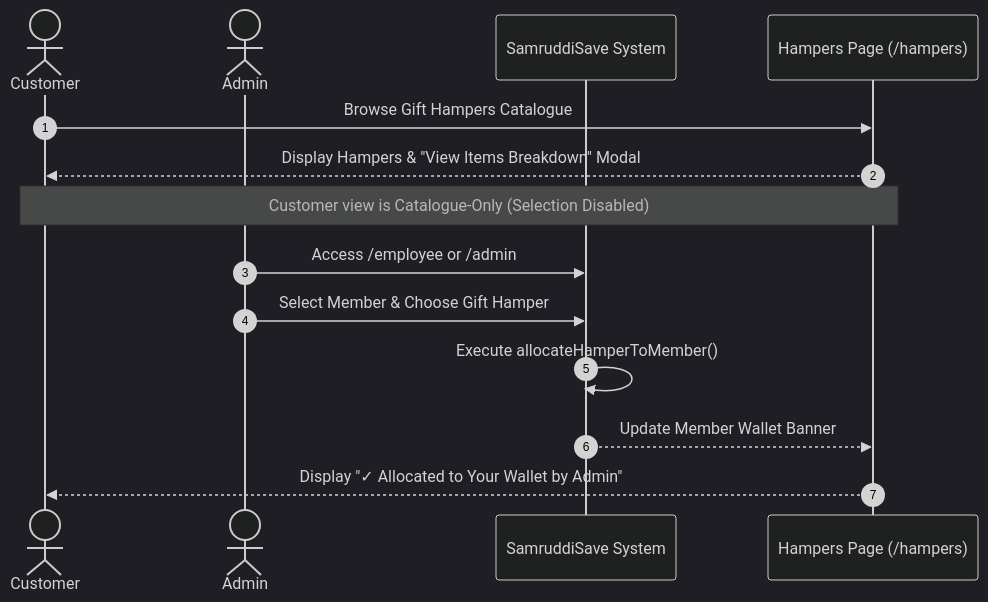
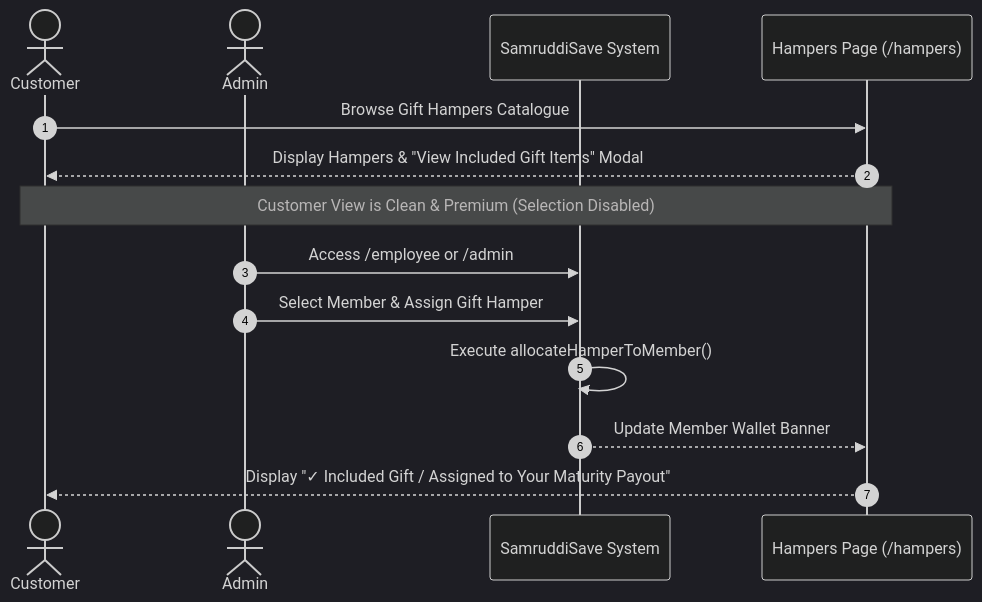
Before and after one commit to karthickeyanm69-stack/unai-production: the third of 4 diagrams in WORKFLOW.md, drawn with Mermaid (dark theme). The commit also changed other lines of this file and 1 other file, not shown here.

Commit message:
feat: implement LandingPage component and update workflow documentation for production architecture

````diff
--- a/WORKFLOW.md
+++ b/WORKFLOW.md
@@ -107,18 +107,18 @@
 ```mermaid
 sequenceDiagram
     autonumber
     actor Customer
     actor Admin
     participant System as SamruddiSave System
     participant Catalogue as Hampers Page (/hampers)
 
     Customer->>Catalogue: Browse Gift Hampers Catalogue
-    Catalogue-->>Customer: Display Hampers & "View Items Breakdown" Modal
-    Note over Customer,Catalogue: Customer view is Catalogue-Only (Selection Disabled)
+    Catalogue-->>Customer: Display Hampers & "View Included Gift Items" Modal
+    Note over Customer,Catalogue: Customer View is Clean & Premium (Selection Disabled)
     
     Admin->>System: Access /employee or /admin
-    Admin->>System: Select Member & Choose Gift Hamper
+    Admin->>System: Select Member & Assign Gift Hamper
     System->>System: Execute allocateHamperToMember()
     System-->>Catalogue: Update Member Wallet Banner
-    Catalogue-->>Customer: Display "✓ Allocated to Your Wallet by Admin"
+    Catalogue-->>Customer: Display "✓ Included Gift / Assigned to Your Maturity Payout"
 ```
````
